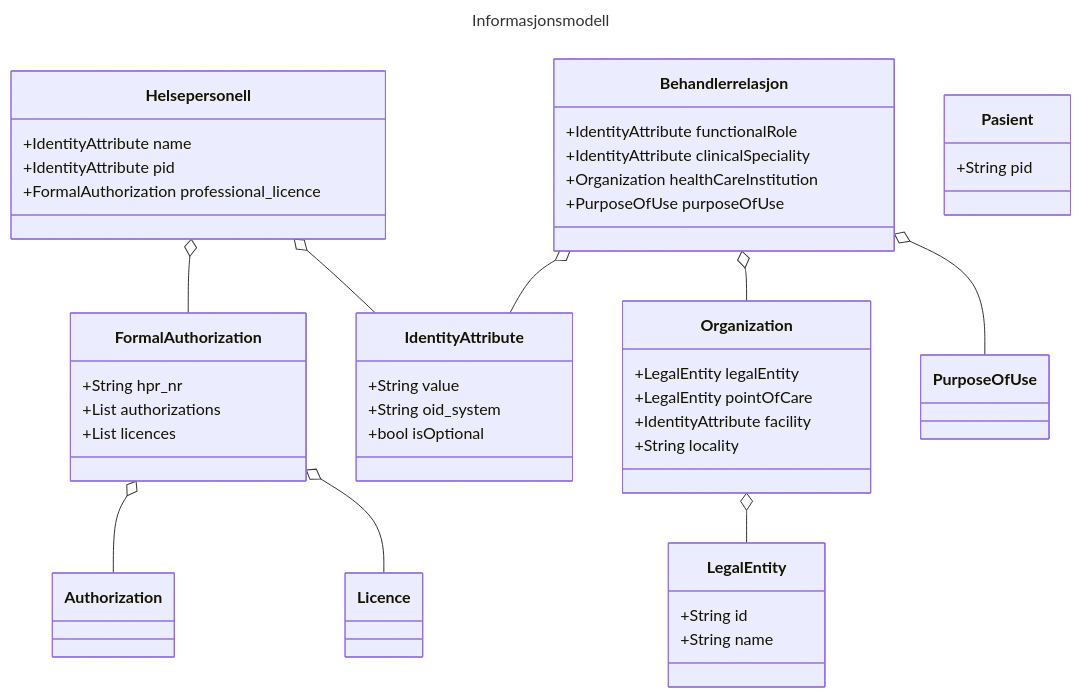
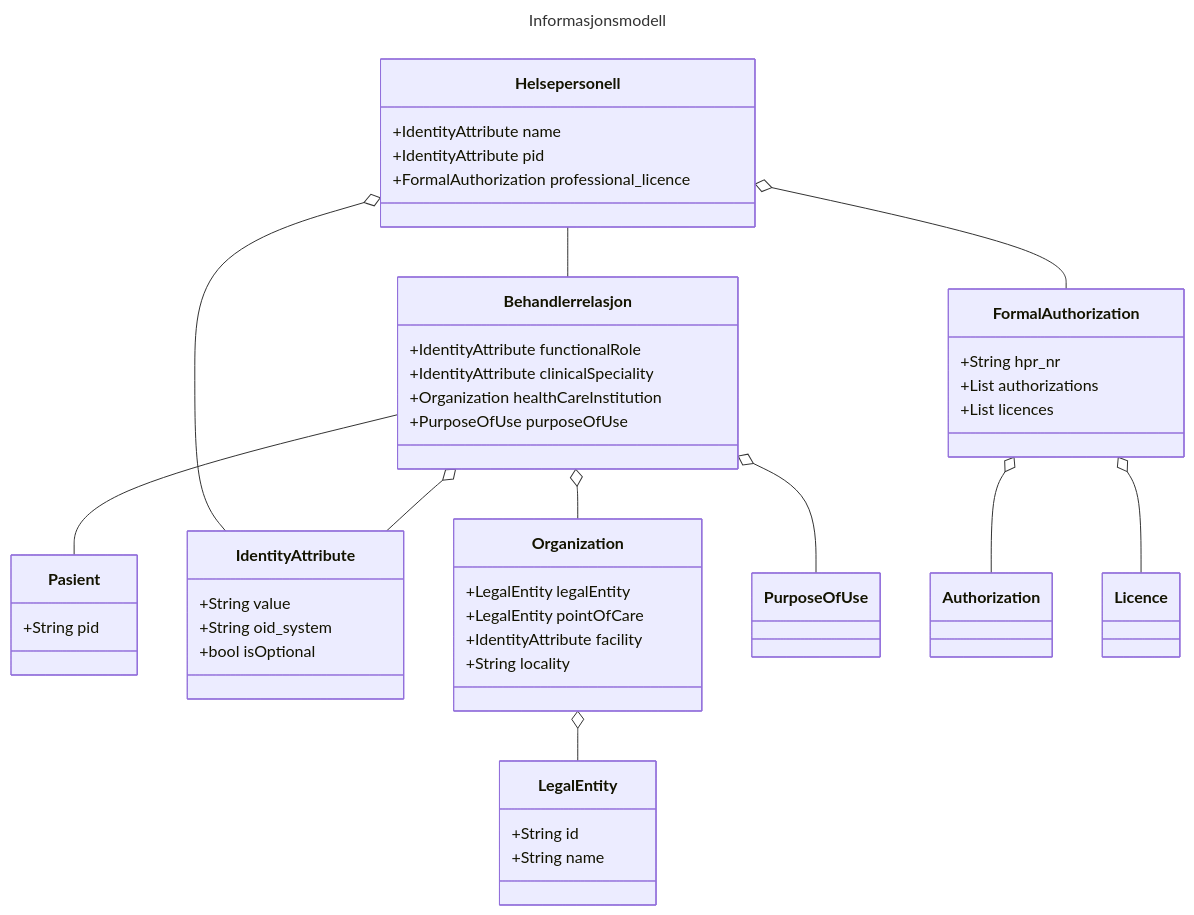
Before and after one commit to NorskHelsenett/Tillitsrammeverk: the second of 2 diagrams in specs/informasjons_og_datamodell.md, drawn with Mermaid.

````diff
--- a/specs/informasjons_og_datamodell.md
+++ b/specs/informasjons_og_datamodell.md
@@ -177,62 +177,64 @@
 ```mermaid
 ---
 title: Informasjonsmodell
 ---
 classDiagram
 
+	Helsepersonell -- Behandlerrelasjon
+	Behandlerrelasjon -- Pasient
 	Helsepersonell o-- FormalAuthorization
 	Helsepersonell o-- IdentityAttribute
 	Behandlerrelasjon o-- IdentityAttribute
 	Behandlerrelasjon o-- Organization
 	Behandlerrelasjon o-- PurposeOfUse
 	FormalAuthorization o-- Authorization
 	FormalAuthorization o-- Licence
 	Organization o-- LegalEntity
 
 	class IdentityAttribute{
 		+String value
 		+String oid_system
 		+bool isOptional		
 	}	
 	class LegalEntity{
 		+String id
 		+String name		
 	}
 	class Organization{
 		+LegalEntity legalEntity
 		+LegalEntity pointOfCare
 		+IdentityAttribute facility
 		+String locality
 	}
 	class Authorization{
 	}
 	
 	class Licence{
 	}
 	
 	class FormalAuthorization{
 		+String hpr_nr
 		+List<Authorization> authorizations
 		+List<Licence> licences
 	}
 	
 	class Helsepersonell{
 		+IdentityAttribute name
 		+IdentityAttribute pid
 		+FormalAuthorization professional_licence
 	}
 		
 	class Behandlerrelasjon{
 		+IdentityAttribute functionalRole
 		+IdentityAttribute clinicalSpeciality
 		+Organization healthCareInstitution
 		+PurposeOfUse purposeOfUse
 	}
 	
 	class Pasient{
 		+String pid
 	}
 	
 	
 	
 ```
````
